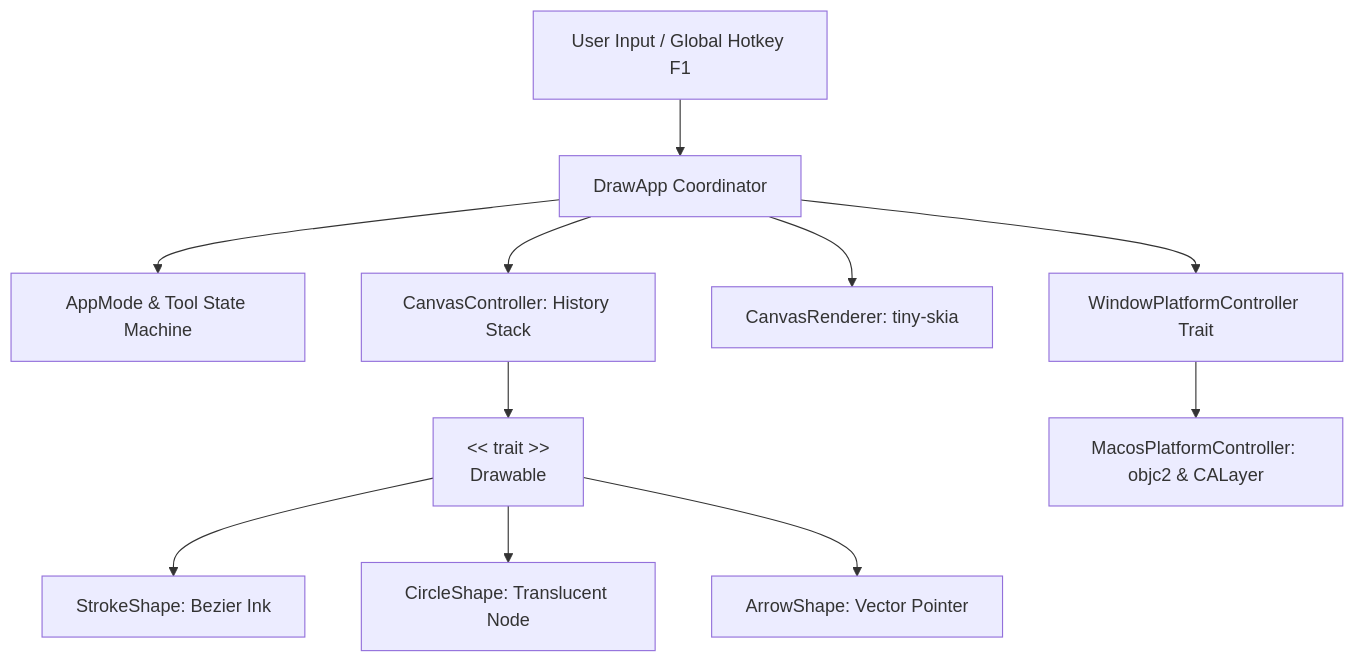
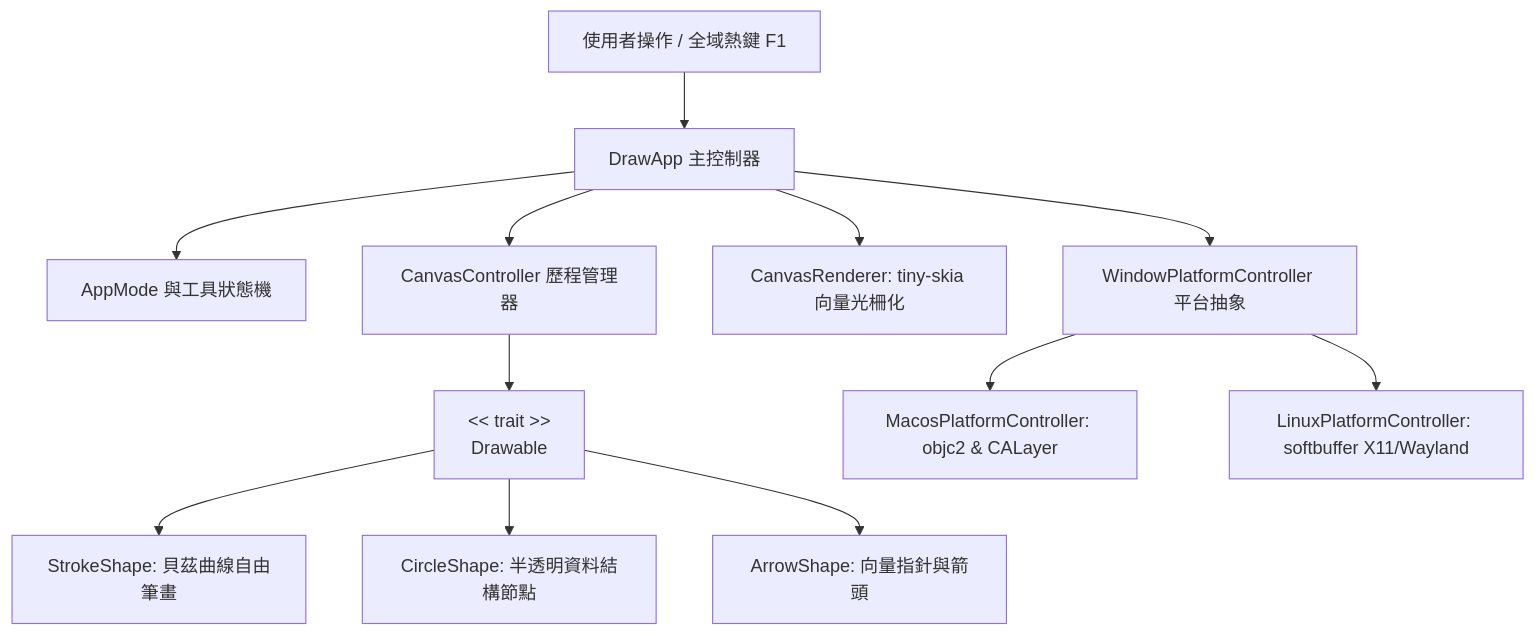
The diagram in README.zh-TW.md (adrian-lin-1-0-0/draw-rs), drawn with Mermaid before and after one commit. The commit also changed other lines of this file and 10 other files, not shown here.

First line of the commit message:
feat: add native Linux support with softbuffer and adjust README reading flow

````diff
--- a/README.zh-TW.md
+++ b/README.zh-TW.md
@@ -99,13 +218,14 @@
 ```mermaid
 graph TD
-    UserEvent[User Input / Global Hotkey F1] --> App[DrawApp Coordinator]
-    App --> StateMachine[AppMode & Tool State Machine]
-    App --> Controller[CanvasController: History Stack]
+    UserEvent[使用者操作 / 全域熱鍵 F1] --> App[DrawApp 主控制器]
+    App --> StateMachine[AppMode 與工具狀態機]
+    App --> Controller[CanvasController 歷程管理器]
     Controller --> Trait[<< trait >>\nDrawable]
-    Trait --> Stroke[StrokeShape: Bezier Ink]
-    Trait --> Circle[CircleShape: Translucent Node]
-    Trait --> Arrow[ArrowShape: Vector Pointer]
-    App --> Renderer[CanvasRenderer: tiny-skia]
-    App --> Platform[WindowPlatformController Trait]
+    Trait --> Stroke[StrokeShape: 貝茲曲線自由筆畫]
+    Trait --> Circle[CircleShape: 半透明資料結構節點]
+    Trait --> Arrow[ArrowShape: 向量指針與箭頭]
+    App --> Renderer[CanvasRenderer: tiny-skia 向量光柵化]
+    App --> Platform[WindowPlatformController 平台抽象]
     Platform --> MacosPlatform[MacosPlatformController: objc2 & CALayer]
+    Platform --> LinuxPlatform[LinuxPlatformController: softbuffer X11/Wayland]
 ```
````
